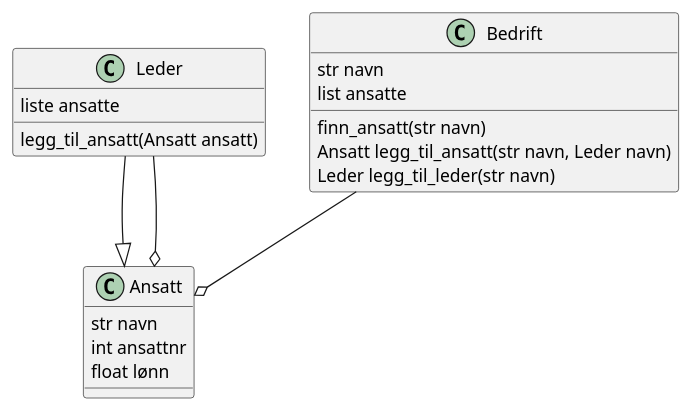
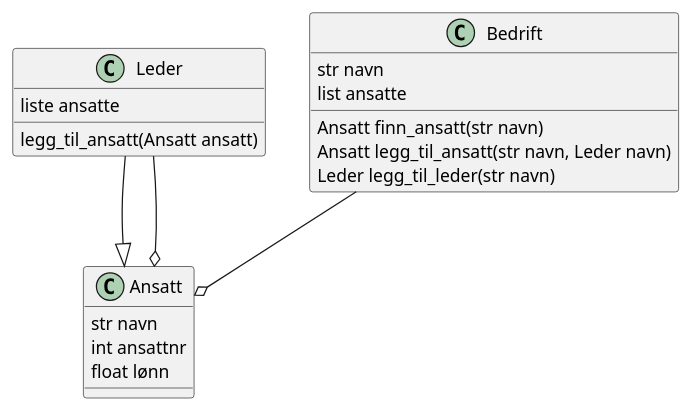
The diagram in doc/bedrift.plantuml (johanhake/it2-opppgave-bedrift), drawn with PlantUML before and after one commit.

Commit message:
Enda mer fiks i APIet

```diff
--- a/doc/bedrift.plantuml
+++ b/doc/bedrift.plantuml
@@ -1,27 +1,27 @@
 @startuml nisser
 
 class Ansatt{
     str navn
     int ansattnr
     float lønn
 }
 
 class Leder{
     liste ansatte
     legg_til_ansatt(Ansatt ansatt)
 }
 
 class Bedrift{
     str navn
     list ansatte
-    finn_ansatt(str navn)
+    Ansatt finn_ansatt(str navn)
     Ansatt legg_til_ansatt(str navn, Leder navn)
     Leder legg_til_leder(str navn)
 }
 
 
 Leder --|> Ansatt
 Leder --o Ansatt
 Bedrift --o Ansatt
 
 @enduml
```
